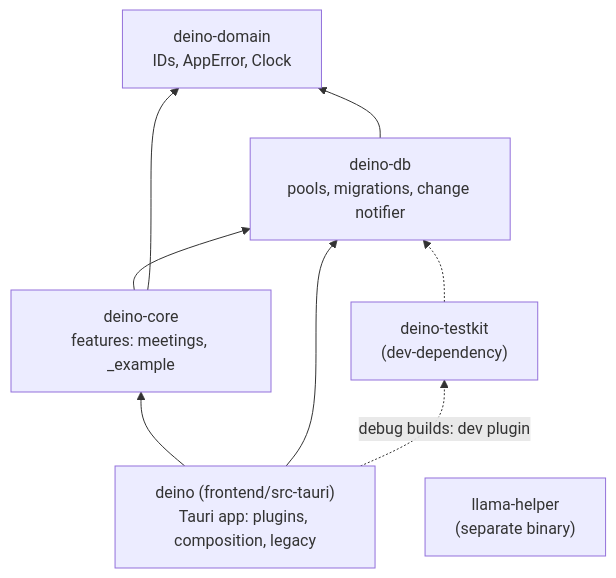
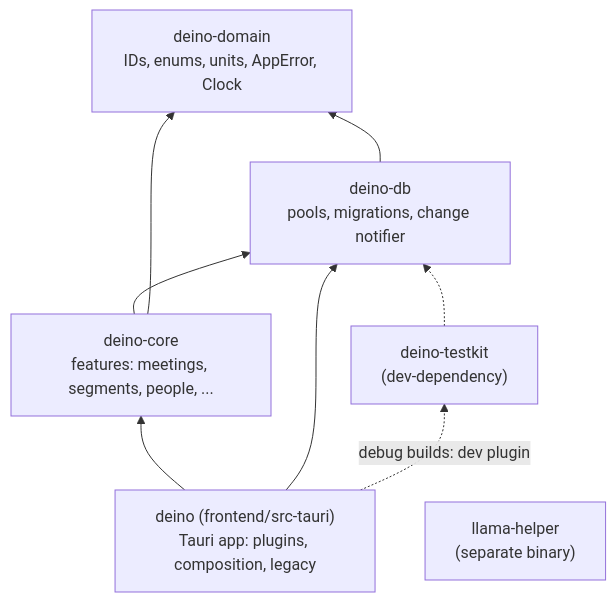
The second of 4 diagrams in docs/ARCHITECTURE.md (xenshreyas/Deino), drawn with Mermaid before and after one commit. The commit also changed other lines of this file and 8 other files, not shown here.

Commit message:
docs: FND-07 core schema in the architecture map, ADR 0012, READMEs and the plan

````diff
--- a/docs/ARCHITECTURE.md
+++ b/docs/ARCHITECTURE.md
@@ -37,16 +38,16 @@
 ```mermaid
 flowchart BT
-  domain["deino-domain<br/>IDs, AppError, Clock"]
+  domain["deino-domain<br/>IDs, enums, units, AppError, Clock"]
   db["deino-db<br/>pools, migrations, change notifier"]
-  core["deino-core<br/>features: meetings, _example"]
+  core["deino-core<br/>features: meetings, segments, people, ..."]
   testkit["deino-testkit<br/>(dev-dependency)"]
   app["deino (frontend/src-tauri)<br/>Tauri app: plugins, composition, legacy"]
   helper["llama-helper<br/>(separate binary)"]
   db --> domain
   core --> db
   core --> domain
   app --> core
   app --> db
   app -. "debug builds: dev plugin" .-> testkit
   testkit -.-> db
 ```
````
